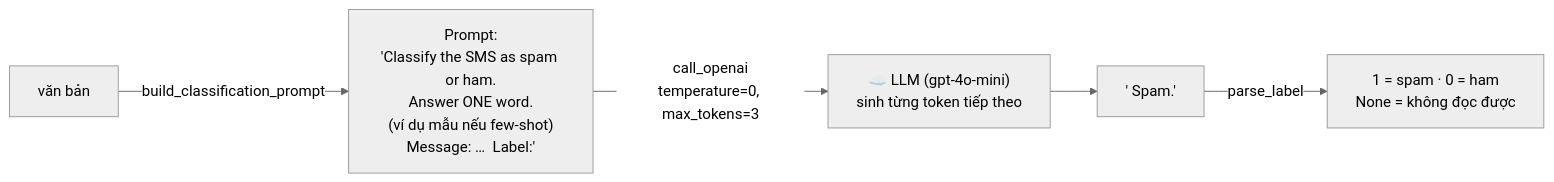
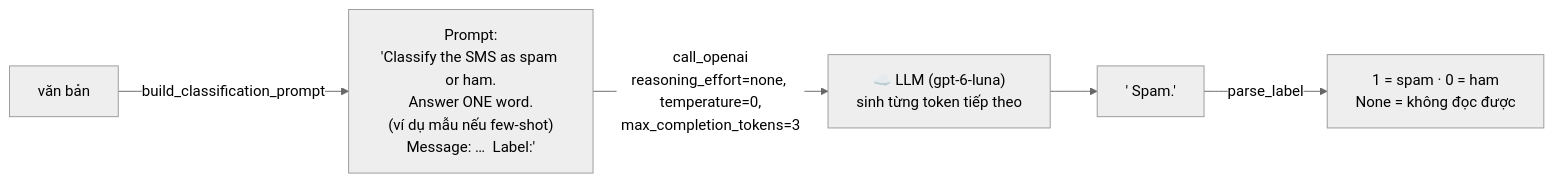
The fifth of 6 diagrams in README.md (100678carwyn/K5-L3B-Day01-NguyenThaoQuyen-2A202603895-LLMFoundation), drawn with Mermaid (neutral theme) before and after one commit. The commit also changed other lines of this file and 21 other files, not shown here.

````diff
--- a/README.md
+++ b/README.md
@@ -133,7 +136,7 @@
 ```mermaid
 flowchart LR
     T["văn bản"] -->|"build_classification_prompt"| PR["Prompt:<br/>'Classify the SMS as spam or ham.<br/>Answer ONE word.<br/>(ví dụ mẫu nếu few-shot)<br/>Message: …  Label:'"]
-    PR -->|"call_openai<br/>temperature=0, max_tokens=3"| API["☁️ LLM (gpt-4o-mini)<br/>sinh từng token tiếp theo"]
+    PR -->|"call_openai<br/>reasoning_effort=none, temperature=0,<br/>max_completion_tokens=3"| API["☁️ LLM (gpt-6-luna)<br/>sinh từng token tiếp theo"]
     API --> R["' Spam.'"]
     R -->|"parse_label"| L["1 = spam · 0 = ham<br/>None = không đọc được"]
 ```
````
